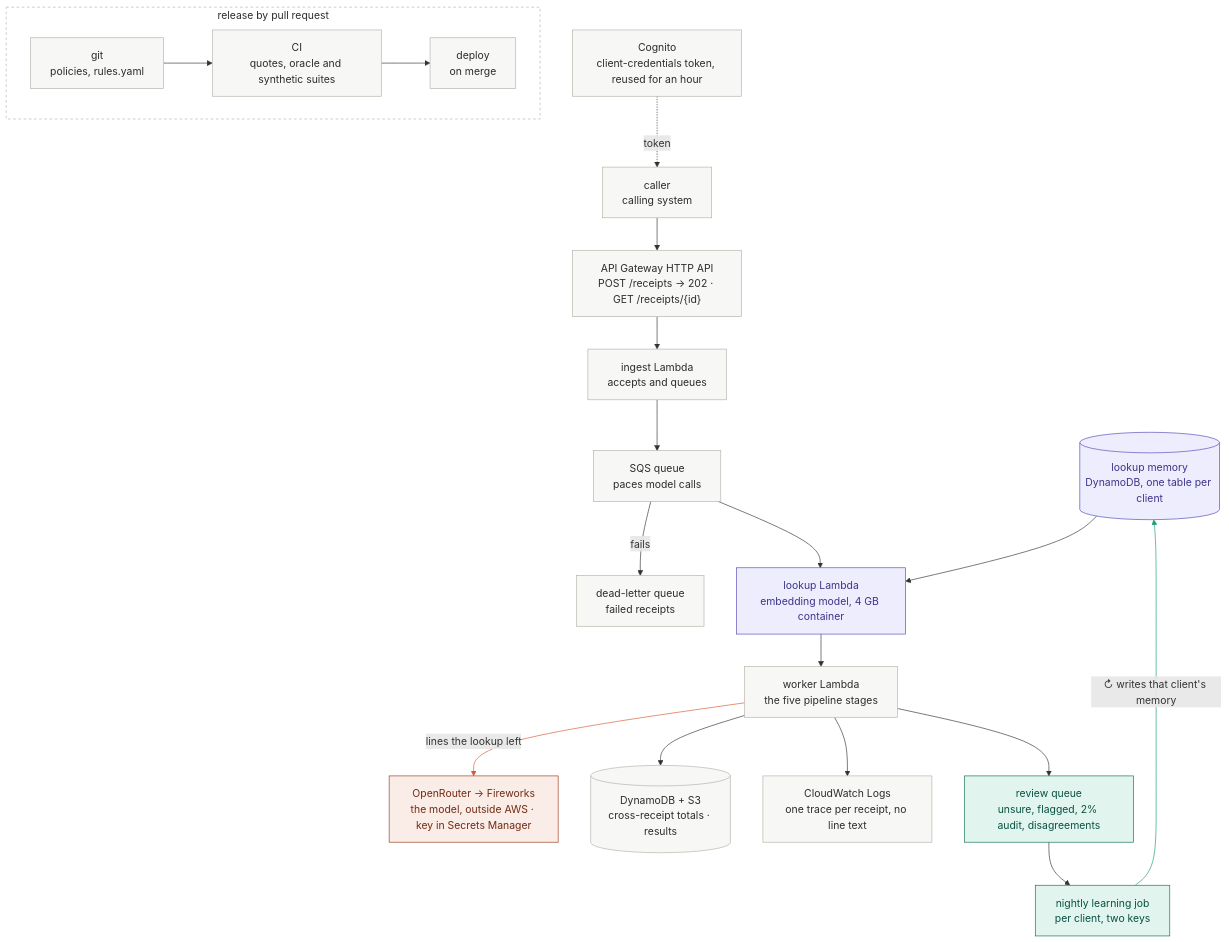
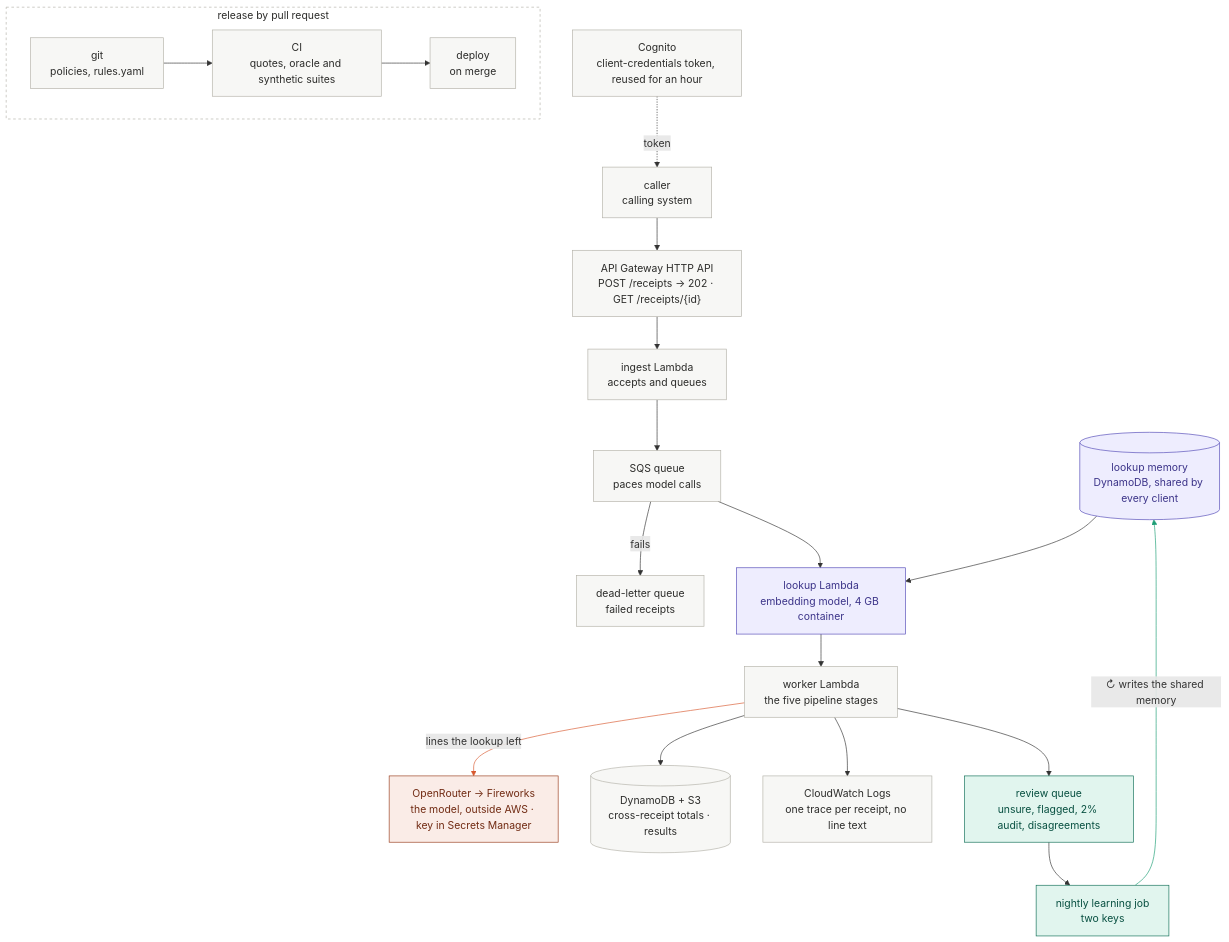
Before and after one commit to laasyaaprasad/expense-policy-validator: the diagram in docs/aws-design.md, drawn with Mermaid. The commit also changed other lines of this file and 20 other files, not shown here.

First line of the commit message:
Share one lookup memory across every client

````diff
--- a/docs/aws-design.md
+++ b/docs/aws-design.md
@@ -3,32 +3,32 @@
 ```mermaid
 flowchart TB
-    MEM[("lookup memory<br/>DynamoDB, one table per client")]
+    MEM[("lookup memory<br/>DynamoDB, shared by every client")]
     COG["Cognito<br/>client-credentials token, reused for an hour"] -. "token" .-> C["caller<br/>calling system"]
     C --> API["API Gateway HTTP API<br/>POST /receipts → 202 · GET /receipts/{id}"]
     API --> ING["ingest Lambda<br/>accepts and queues"]
     ING --> Q["SQS queue<br/>paces model calls"]
     Q -- "fails" --> DLQ["dead-letter queue<br/>failed receipts"]
     Q --> LK["lookup Lambda<br/>embedding model, 4 GB container"]
     MEM --> LK
     LK --> W["worker Lambda<br/>the five pipeline stages"]
     W -- "lines the lookup left" --> OR["OpenRouter → Fireworks<br/>the model, outside AWS · key in Secrets Manager"]
     W --> ST[("DynamoDB + S3<br/>cross-receipt totals · results")]
     W --> LOG["CloudWatch Logs<br/>one trace per receipt, no line text"]
     W --> RQ["review queue<br/>unsure, flagged, 2% audit, disagreements"]
-    RQ --> LJ["nightly learning job<br/>per client, two keys"]
-    LJ -- "↻ writes that client's memory" --> MEM
+    RQ --> LJ["nightly learning job<br/>two keys"]
+    LJ -- "↻ writes the shared memory" --> MEM
     subgraph release["release by pull request"]
         direction LR
         GIT["git<br/>policies, rules.yaml"] --> CI["CI<br/>quotes, oracle and synthetic suites"] --> DEP["deploy<br/>on merge"]
     end
     classDef default fill:#F7F7F5,stroke:#B4B2A9,color:#2C2C2A
     classDef ai fill:#FAECE7,stroke:#993C1D,color:#712B13
     classDef lookup fill:#EEEDFE,stroke:#534AB7,color:#3C3489
     classDef people fill:#E1F5EE,stroke:#0F6E56,color:#085041
     class OR ai
     class LK,MEM lookup
     class RQ,LJ people
     style release fill:#FFFFFF,stroke:#B4B2A9,stroke-dasharray:4 4,color:#2C2C2A
     linkStyle 8 stroke:#D85A30
     linkStyle 13 stroke:#1D9E75
 ```
````
